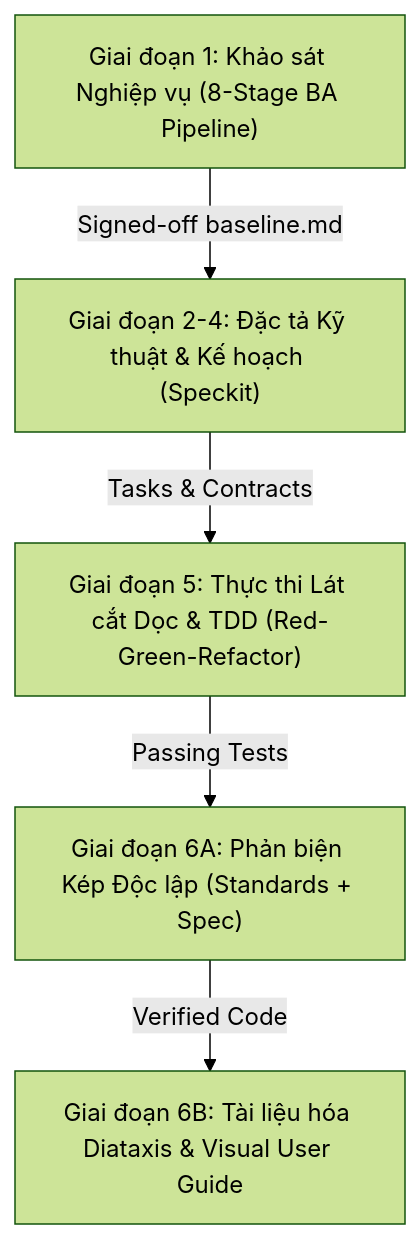
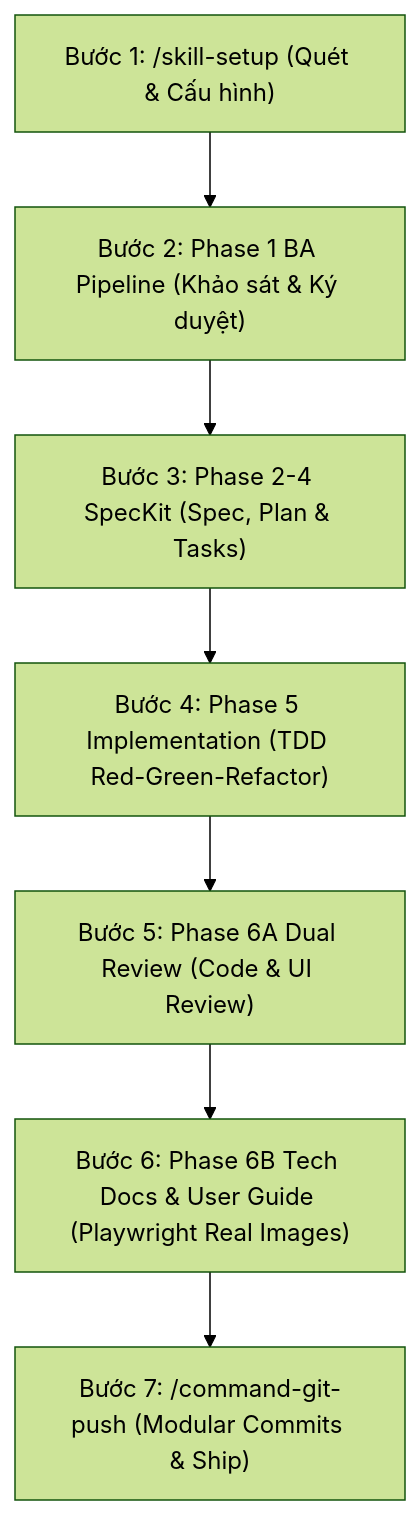
Before and after one commit to ahauy/universal-agents-workflow: the second of 3 diagrams in README.md, drawn with Mermaid (forest theme). The commit also changed other lines of this file, not shown here.

Commit message:
docs: update readme with skill-setup command and failure-mode index

````diff
--- a/README.md
+++ b/README.md
@@ -112,13 +161,9 @@
 ```mermaid
-graph TD
-    P1["Giai đoạn 1: Khảo sát Nghiệp vụ (8-Stage BA Pipeline)"]
-    P2["Giai đoạn 2-4: Đặc tả Kỹ thuật & Kế hoạch (Speckit)"]
-    P5["Giai đoạn 5: Thực thi Lát cắt Dọc & TDD (Red-Green-Refactor)"]
-    P6A["Giai đoạn 6A: Phản biện Kép Độc lập (Standards + Spec)"]
-    P6B["Giai đoạn 6B: Tài liệu hóa Diataxis & Visual User Guide"]
-
-    P1 -->|Signed-off baseline.md| P2
-    P2 -->|Tasks & Contracts| P5
-    P5 -->|Passing Tests| P6A
-    P6A -->|Verified Code| P6B
+flowchart TD
+    S0["Bước 1: /skill-setup (Quét & Cấu hình)"] --> S1["Bước 2: Phase 1 BA Pipeline (Khảo sát & Ký duyệt)"]
+    S1 --> S2["Bước 3: Phase 2-4 SpecKit (Spec, Plan & Tasks)"]
+    S2 --> S3["Bước 4: Phase 5 Implementation (TDD Red-Green-Refactor)"]
+    S3 --> S4["Bước 5: Phase 6A Dual Review (Code & UI Review)"]
+    S4 --> S5["Bước 6: Phase 6B Tech Docs & User Guide (Playwright Real Images)"]
+    S5 --> S6["Bước 7: /command-git-push (Modular Commits & Ship)"]
 ```
````
